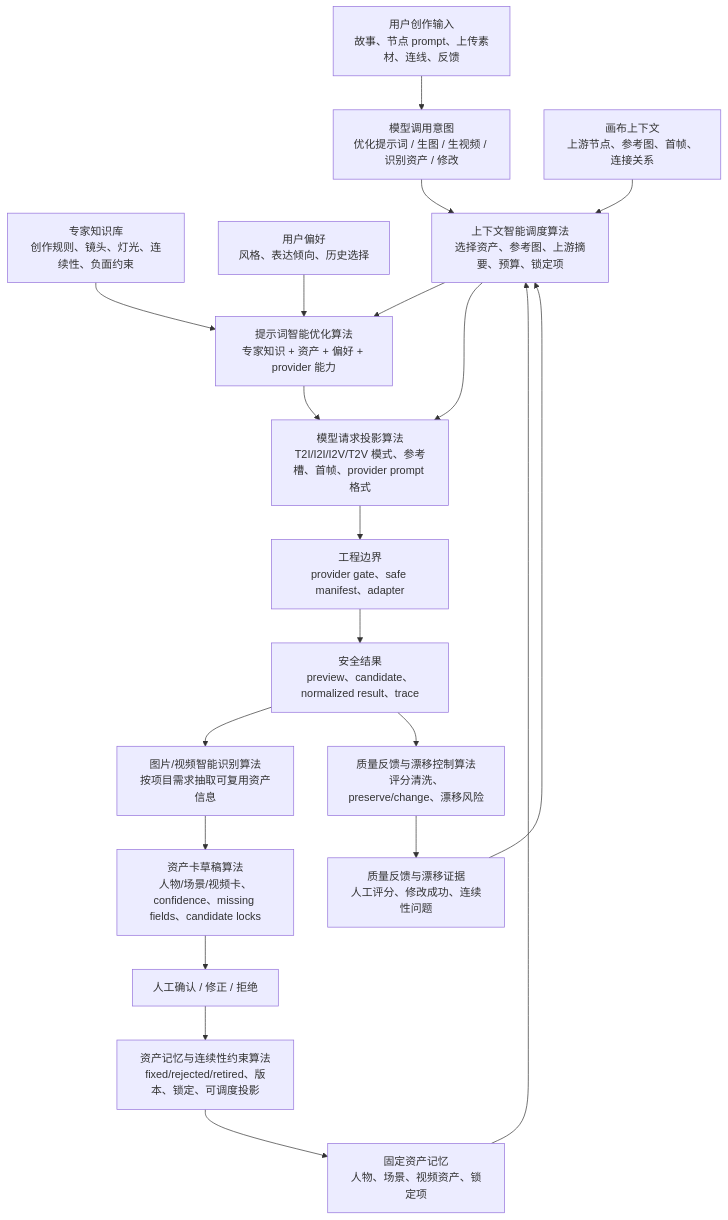
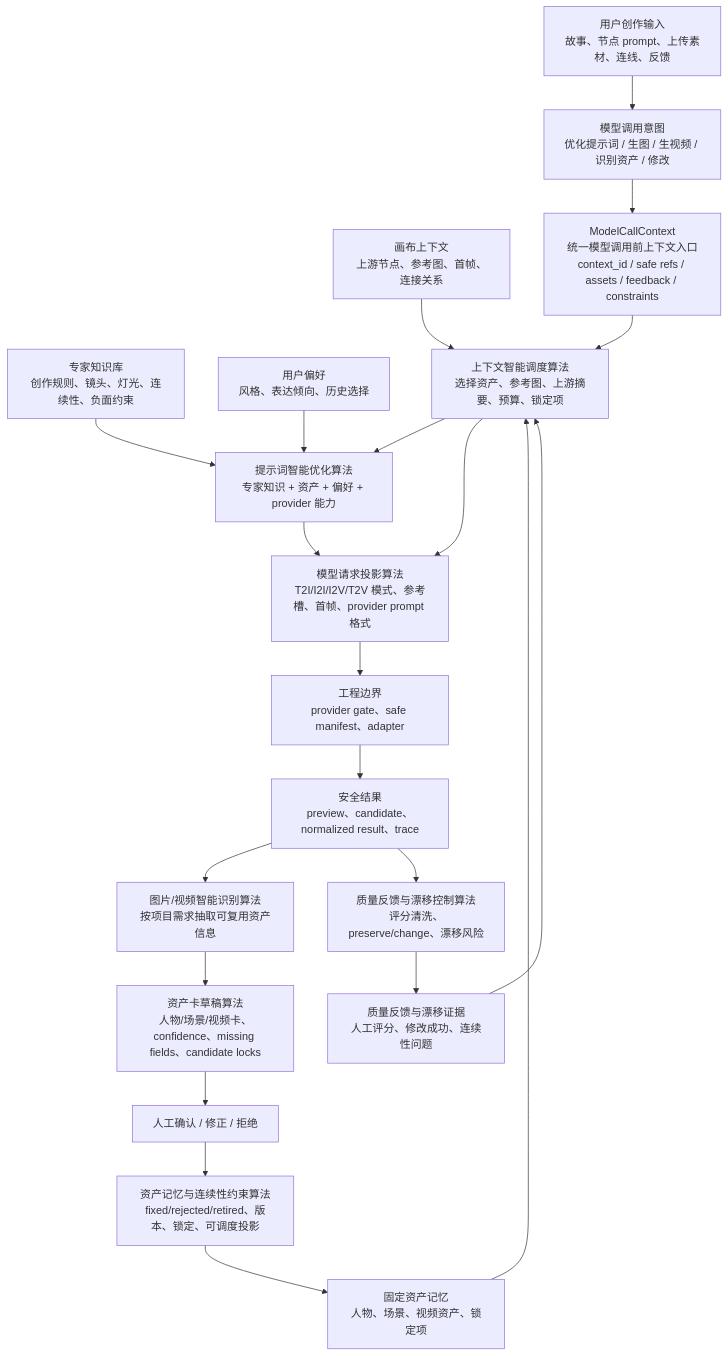
The first of 2 diagrams in docs/architecture/AFS_CORE_ALGORITHM_AND_OPERATION_MAP.zh-CN.md (es-dra/AgentFlowStudio), drawn with Mermaid before and after one commit. The commit also changed other lines of this file and 27 other files, not shown here.

First line of the commit message:
feat(runtime): add model call context contract

````diff
--- a/docs/architecture/AFS_CORE_ALGORITHM_AND_OPERATION_MAP.zh-CN.md
+++ b/docs/architecture/AFS_CORE_ALGORITHM_AND_OPERATION_MAP.zh-CN.md
@@ -26,28 +28,29 @@
 ```mermaid
 flowchart TD
   UserWork["用户创作输入<br/>故事、节点 prompt、上传素材、连线、反馈"] --> CallIntent["模型调用意图<br/>优化提示词 / 生图 / 生视频 / 识别资产 / 修改"]
 
   ExpertKB["专家知识库<br/>创作规则、镜头、灯光、连续性、负面约束"] --> PromptOpt
   UserPrefs["用户偏好<br/>风格、表达倾向、历史选择"] --> PromptOpt
   FixedAssets["固定资产记忆<br/>人物、场景、视频资产、锁定项"] --> ContextScheduler
   GraphState["画布上下文<br/>上游节点、参考图、首帧、连接关系"] --> ContextScheduler
   Feedback["质量反馈与漂移证据<br/>人工评分、修改成功、连续性问题"] --> ContextScheduler
 
-  CallIntent --> ContextScheduler["上下文智能调度算法<br/>选择资产、参考图、上游摘要、预算、锁定项"]
+  CallIntent --> ModelCallContext["ModelCallContext<br/>统一模型调用前上下文入口<br/>context_id / safe refs / assets / feedback / constraints"]
+  ModelCallContext --> ContextScheduler["上下文智能调度算法<br/>选择资产、参考图、上游摘要、预算、锁定项"]
   ContextScheduler --> PromptOpt["提示词智能优化算法<br/>专家知识 + 资产 + 偏好 + provider 能力"]
 
   ContextScheduler --> RequestProjection["模型请求投影算法<br/>T2I/I2I/I2V/T2V 模式、参考槽、首帧、provider prompt 格式"]
   PromptOpt --> RequestProjection
 
   RequestProjection --> ProviderBoundary["工程边界<br/>provider gate、safe manifest、adapter"]
   ProviderBoundary --> SafeResult["安全结果<br/>preview、candidate、normalized result、trace"]
 
   SafeResult --> VisionUnderstanding["图片/视频智能识别算法<br/>按项目需求抽取可复用资产信息"]
   VisionUnderstanding --> AssetDraft["资产卡草稿算法<br/>人物/场景/视频卡、confidence、missing fields、candidate locks"]
   AssetDraft --> HumanReview["人工确认 / 修正 / 拒绝"]
   HumanReview --> AssetMemory["资产记忆与连续性约束算法<br/>fixed/rejected/retired、版本、锁定、可调度投影"]
   AssetMemory --> FixedAssets
 
   SafeResult --> Quality["质量反馈与漂移控制算法<br/>评分清洗、preserve/change、漂移风险"]
   Quality --> Feedback
 ```
````
